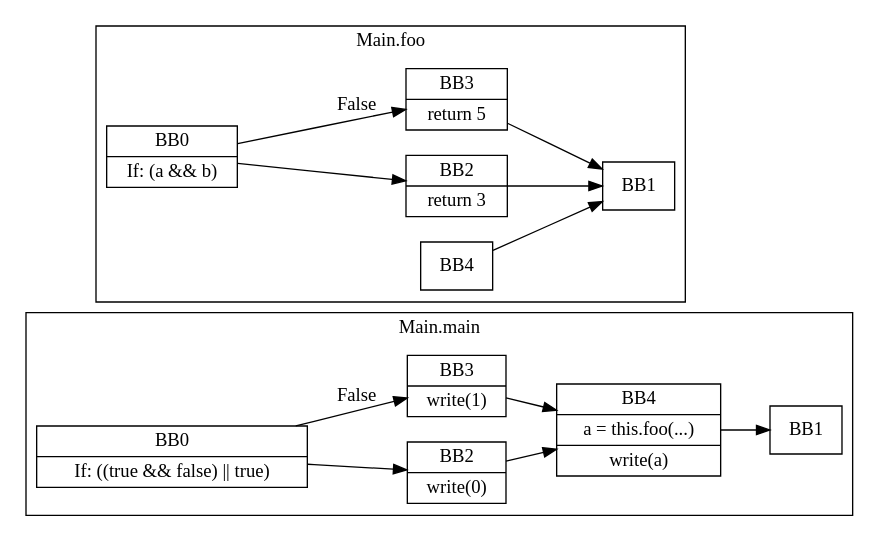
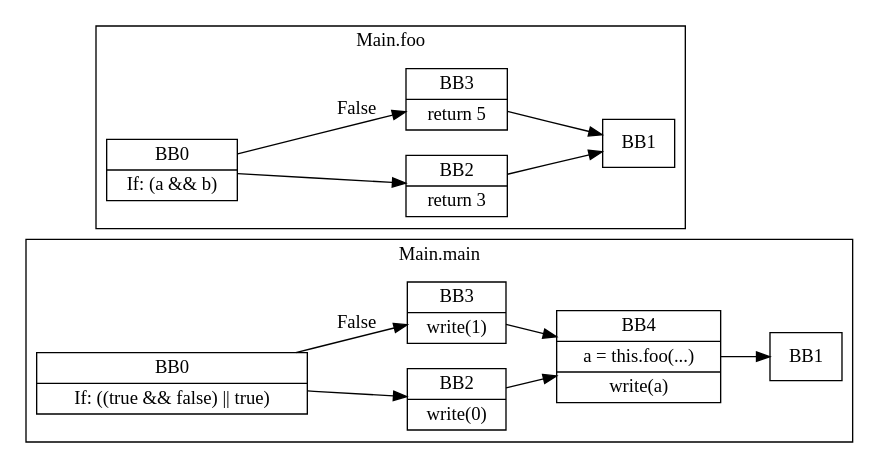
One commit to fimeier/compilerDesign changed the diagram in HW5/javali_tests/not ours/old/A4_team/booleanParam.javali.cfg.dot. Above: the diagram before and after it, drawn with Graphviz. The commit also changed 29 other files, not shown here.

```diff
--- a/HW5/javali_tests/not ours/old/A4_team/booleanParam.javali.cfg.dot
+++ b/HW5/javali_tests/not ours/old/A4_team/booleanParam.javali.cfg.dot
@@ -1,59 +1,54 @@
 digraph G {
   graph [ rankdir = "LR" ];
   subgraph cluster_0 {
     label = "Main.main"
     M0_BB0 [
       shape="record"
       label="BB0|If: ((true && false) \|\| true)"
     ];
     M0_BB0 -> M0_BB2;
     M0_BB0 -> M0_BB3 [label="False"];
     M0_BB1 [
       shape="record"
       label="BB1"
     ];
     M0_BB2 [
       shape="record"
       label="BB2|write(0)"
     ];
     M0_BB2 -> M0_BB4;
     M0_BB3 [
       shape="record"
       label="BB3|write(1)"
     ];
     M0_BB3 -> M0_BB4;
     M0_BB4 [
       shape="record"
       label="BB4|a = this.foo(...)|write(a)"
     ];
     M0_BB4 -> M0_BB1;
   }
   subgraph cluster_1 {
     label = "Main.foo"
     M1_BB0 [
       shape="record"
       label="BB0|If: (a && b)"
     ];
     M1_BB0 -> M1_BB2;
     M1_BB0 -> M1_BB3 [label="False"];
     M1_BB1 [
       shape="record"
       label="BB1"
     ];
     M1_BB2 [
       shape="record"
       label="BB2|return 3"
     ];
     M1_BB2 -> M1_BB1;
     M1_BB3 [
       shape="record"
       label="BB3|return 5"
     ];
     M1_BB3 -> M1_BB1;
-    M1_BB4 [
-      shape="record"
-      label="BB4"
-    ];
-    M1_BB4 -> M1_BB1;
   }
 }
```
